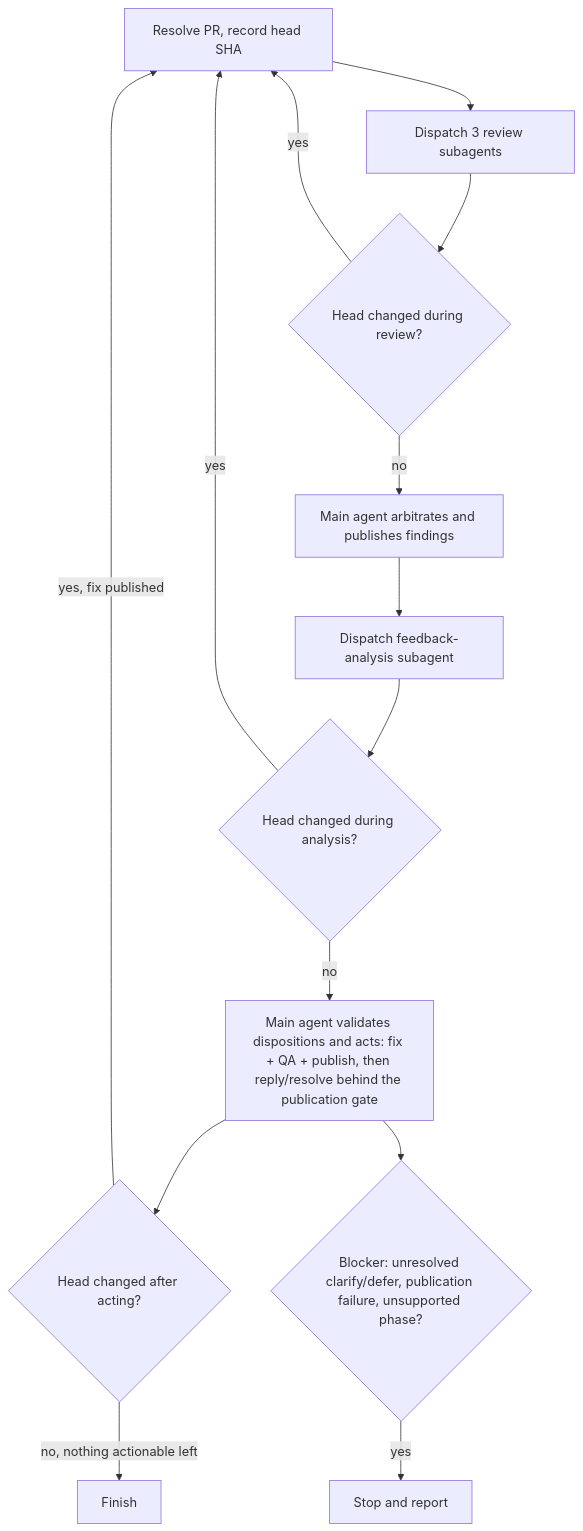
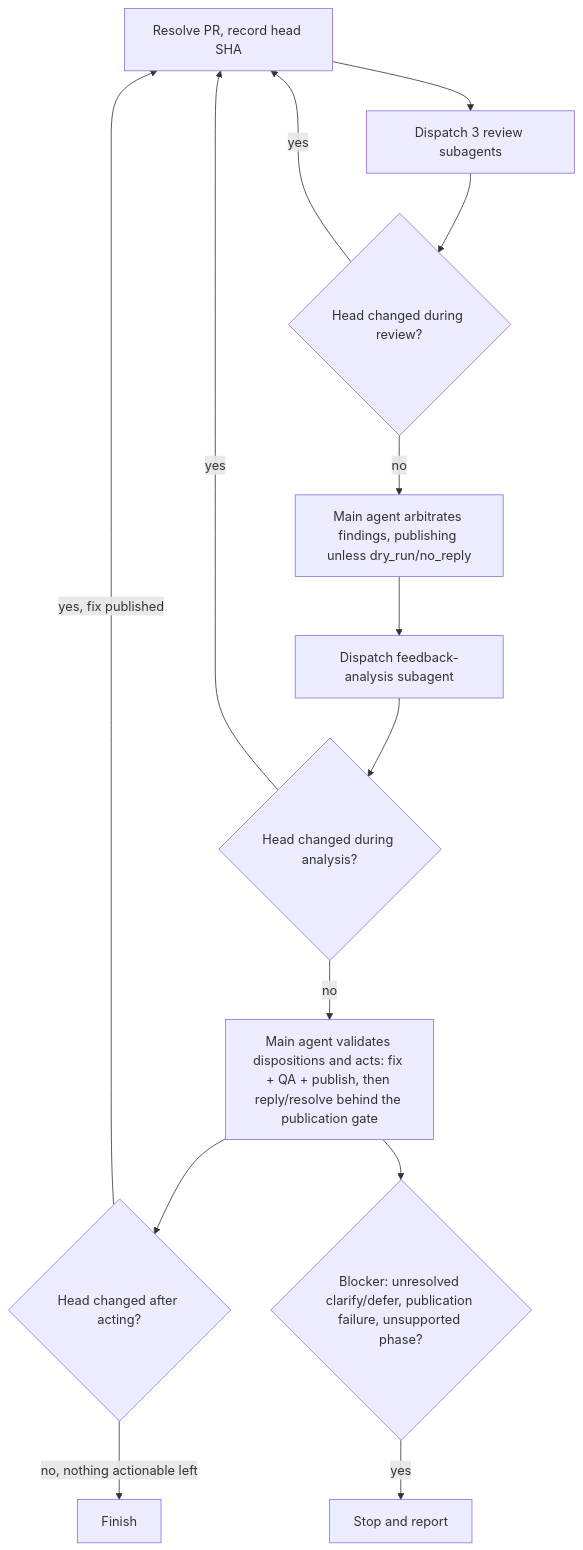
The diagram in skills/pr-loop/SKILL.md (dceoy/ai-coding-agent-skills), drawn with Mermaid before and after one commit. The commit also changed other lines of this file, not shown here.

````diff
--- a/skills/pr-loop/SKILL.md
+++ b/skills/pr-loop/SKILL.md
@@ -168,16 +172,16 @@
 ```mermaid
 flowchart TD
   A[Resolve PR, record head SHA] --> B[Dispatch 3 review subagents]
   B --> C{Head changed during review?}
   C -->|yes| A
-  C -->|no| D[Main agent arbitrates and publishes findings]
+  C -->|no| D[Main agent arbitrates findings, publishing unless dry_run/no_reply]
   D --> E[Dispatch feedback-analysis subagent]
   E --> F{Head changed during analysis?}
   F -->|yes| A
   F -->|no| G[Main agent validates dispositions and acts: fix + QA + publish, then reply/resolve behind the publication gate]
   G --> H{Head changed after acting?}
   H -->|yes, fix published| A
   H -->|no, nothing actionable left| I[Finish]
   G --> J{Blocker: unresolved clarify/defer, publication failure, unsupported phase?}
   J -->|yes| K[Stop and report]
 ```
````
